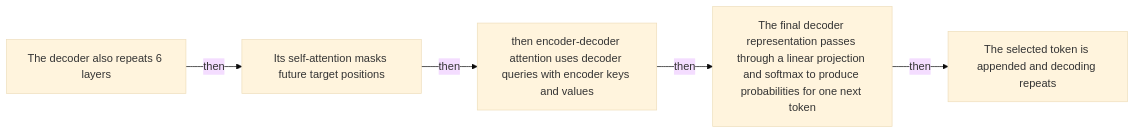
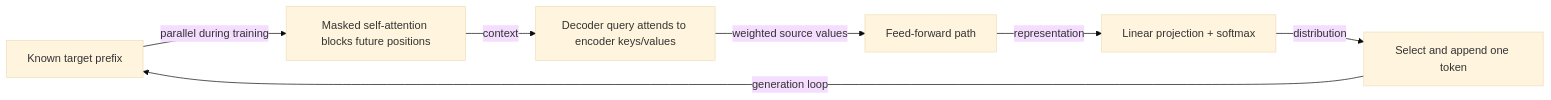
Before and after one commit to Betancourt1/paper_atlas: diagram 19 of 54 in docs/visual-manifests/VISUAL_MANIFEST_ATTENTION_IS_ALL_YOU_NEED.md, drawn with Mermaid (base theme). The commit also changed other lines of this file and 7 other files, not shown here.

````diff
--- a/docs/visual-manifests/VISUAL_MANIFEST_ATTENTION_IS_ALL_YOU_NEED.md
+++ b/docs/visual-manifests/VISUAL_MANIFEST_ATTENTION_IS_ALL_YOU_NEED.md
@@ -1506,12 +1490,15 @@
 ```mermaid
 flowchart LR
-  n1["The decoder also repeats 6 layers"]
-  n2["Its self-attention masks future target positions"]
-  n3["then encoder-decoder attention uses decoder queries with encoder keys and values"]
-  n4["The final decoder representation passes through a linear projection and softmax to produce probabilities for one next token"]
-  n5["The selected token is appended and decoding repeats"]
-  n1 -->|"then"| n2
-  n2 -->|"then"| n3
-  n3 -->|"then"| n4
-  n4 -->|"then"| n5
+  prefix["Known target prefix"]
+  mask["Masked self-attention blocks future positions"]
+  cross["Decoder query attends to encoder keys/values"]
+  ffn["Feed-forward path"]
+  proj["Linear projection + softmax"]
+  token["Select and append one token"]
+  prefix -->|"parallel during training"| mask
+  mask -->|"context"| cross
+  cross -->|"weighted source values"| ffn
+  ffn -->|"representation"| proj
+  proj -->|"distribution"| token
+  token -->|"generation loop"| prefix
 ```
````
